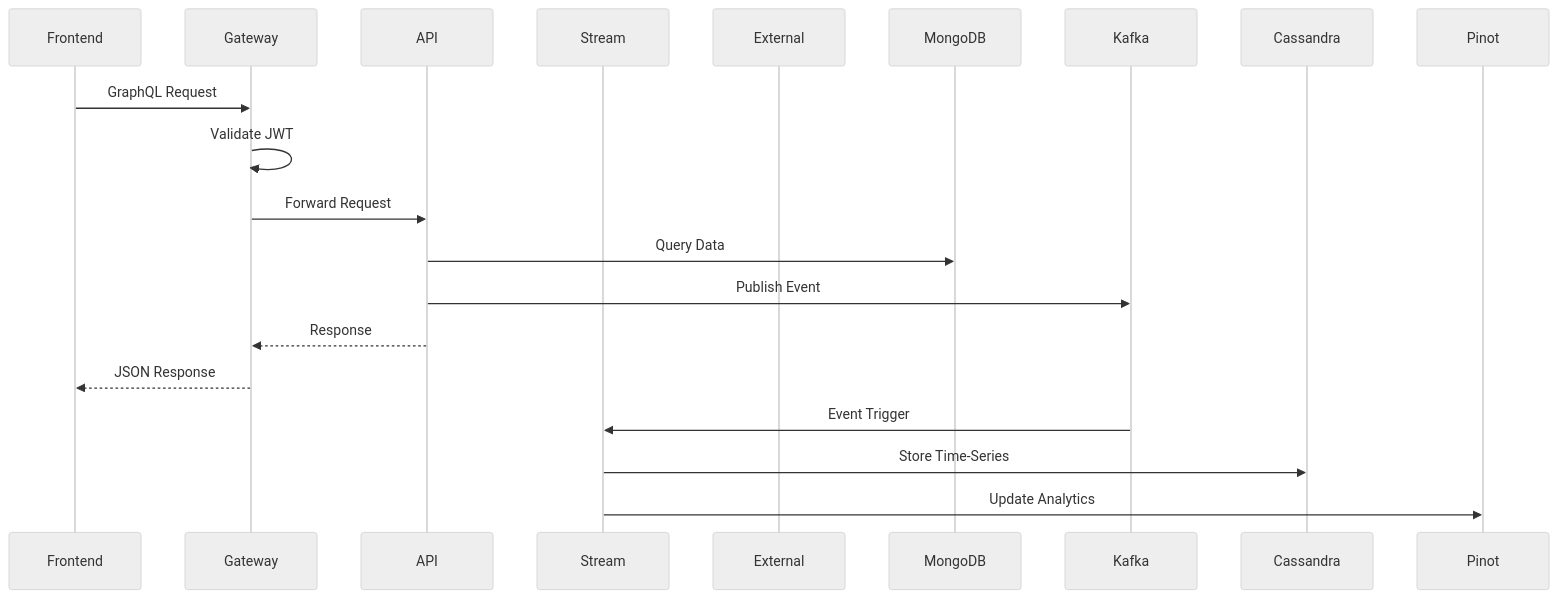
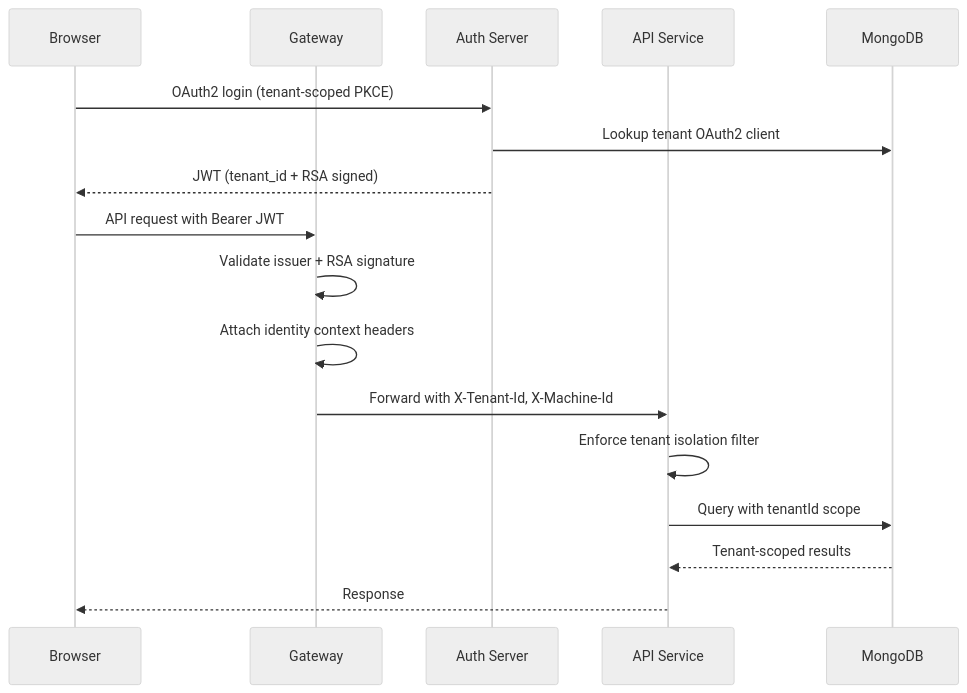
The fourth of 4 diagrams in docs/development/architecture/README.md (flamingo-stack/openframe-oss-tenant), drawn with Mermaid (neutral theme) before and after one commit. The commit also changed other lines of this file and 10 other files, not shown here.

````diff
--- a/docs/development/architecture/README.md
+++ b/docs/development/architecture/README.md
@@ -104,20 +140,20 @@
 ```mermaid
 sequenceDiagram
-    participant Frontend
-    participant Gateway
-    participant API
-    participant Stream
-    participant External
-    
-    Frontend->>Gateway: GraphQL Request
-    Gateway->>Gateway: Validate JWT
-    Gateway->>API: Forward Request
-    API->>MongoDB: Query Data
-    API->>Kafka: Publish Event
-    API-->>Gateway: Response
-    Gateway-->>Frontend: JSON Response
-    
-    Kafka->>Stream: Event Trigger
-    Stream->>Cassandra: Store Time-Series
-    Stream->>Pinot: Update Analytics
+    participant Browser as Browser
+    participant GW as Gateway
+    participant Auth as Auth Server
+    participant API as API Service
+    participant DB as MongoDB
+
+    Browser->>Auth: OAuth2 login (tenant-scoped PKCE)
+    Auth->>DB: Lookup tenant OAuth2 client
+    Auth-->>Browser: JWT (tenant_id + RSA signed)
+    Browser->>GW: API request with Bearer JWT
+    GW->>GW: Validate issuer + RSA signature
+    GW->>GW: Attach identity context headers
+    GW->>API: Forward with X-Tenant-Id, X-Machine-Id
+    API->>API: Enforce tenant isolation filter
+    API->>DB: Query with tenantId scope
+    DB-->>API: Tenant-scoped results
+    API-->>Browser: Response
 ```
````
